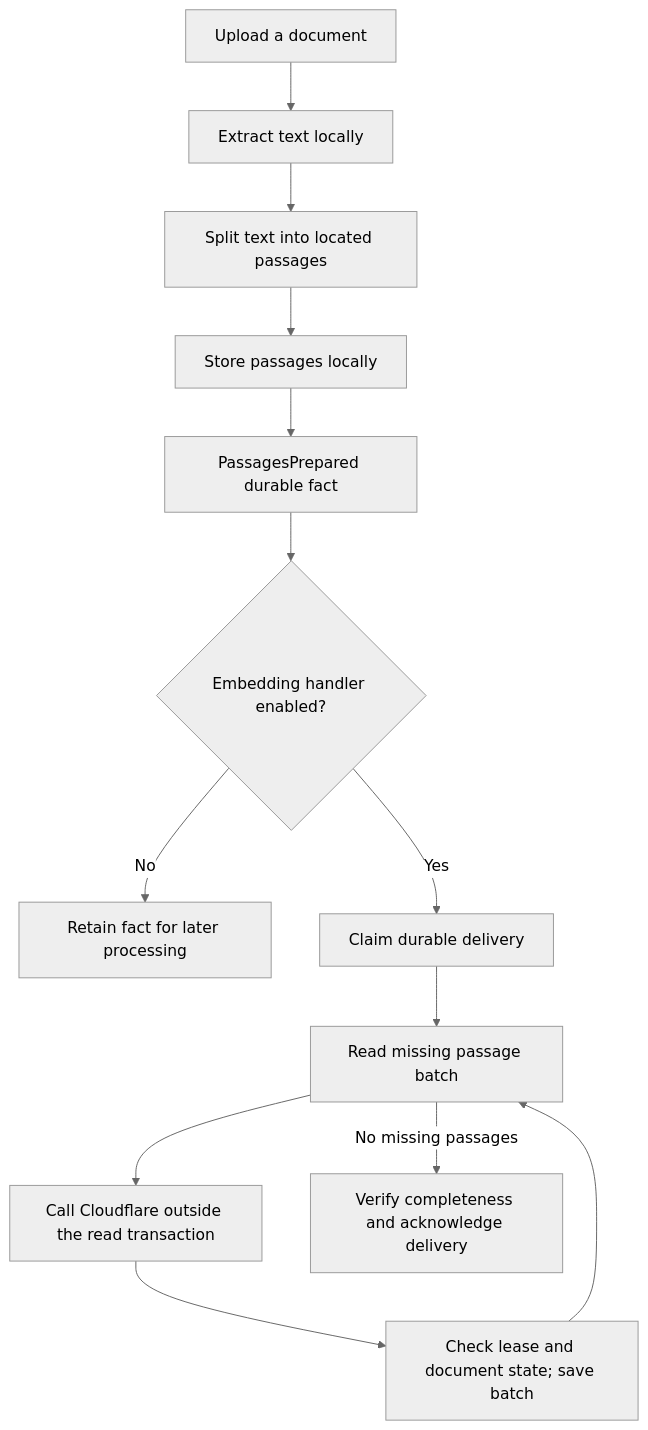
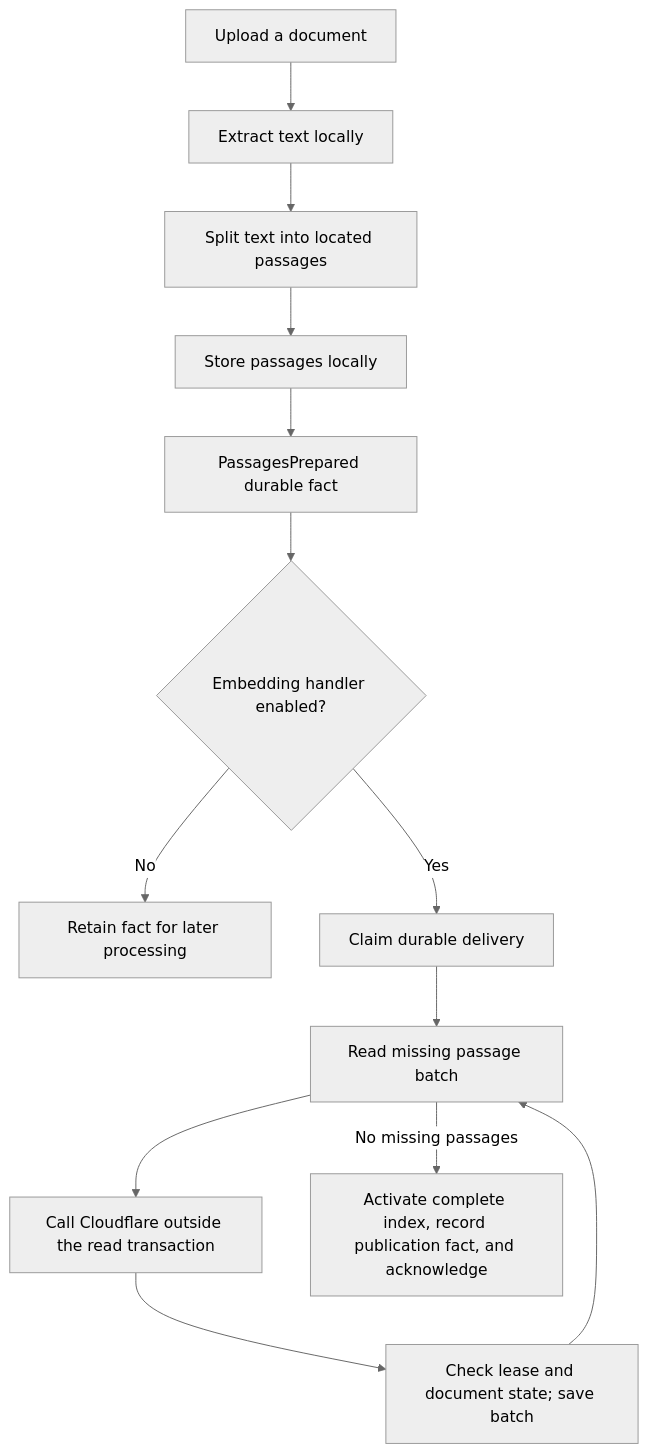
One commit to FarukValjevac/SecondBrain changed the first of 14 diagrams in .learnigns/embedding-contract-guide.md. Above: the diagram before and after it, drawn with Mermaid (neutral theme). The commit also changed other lines of this file and 25 other files, not shown here.

````diff
--- a/.learnigns/embedding-contract-guide.md
+++ b/.learnigns/embedding-contract-guide.md
@@ -25,15 +25,15 @@
 ```mermaid
 flowchart TD
     Upload[Upload a document] --> Extract[Extract text locally]
     Extract --> Split[Split text into located passages]
     Split --> PassageStore[Store passages locally]
     PassageStore --> Fact[PassagesPrepared durable fact]
     Fact --> Enabled{Embedding handler enabled?}
     Enabled -->|No| Retain[Retain fact for later processing]
     Enabled -->|Yes| Worker[Claim durable delivery]
     Worker --> Read[Read missing passage batch]
     Read --> Embed[Call Cloudflare outside the read transaction]
     Embed --> Checkpoint[Check lease and document state; save batch]
     Checkpoint --> Read
-    Read -->|No missing passages| Finish[Verify completeness and acknowledge delivery]
+    Read -->|No missing passages| Finish[Activate complete index, record publication fact, and acknowledge]
 ```
````
